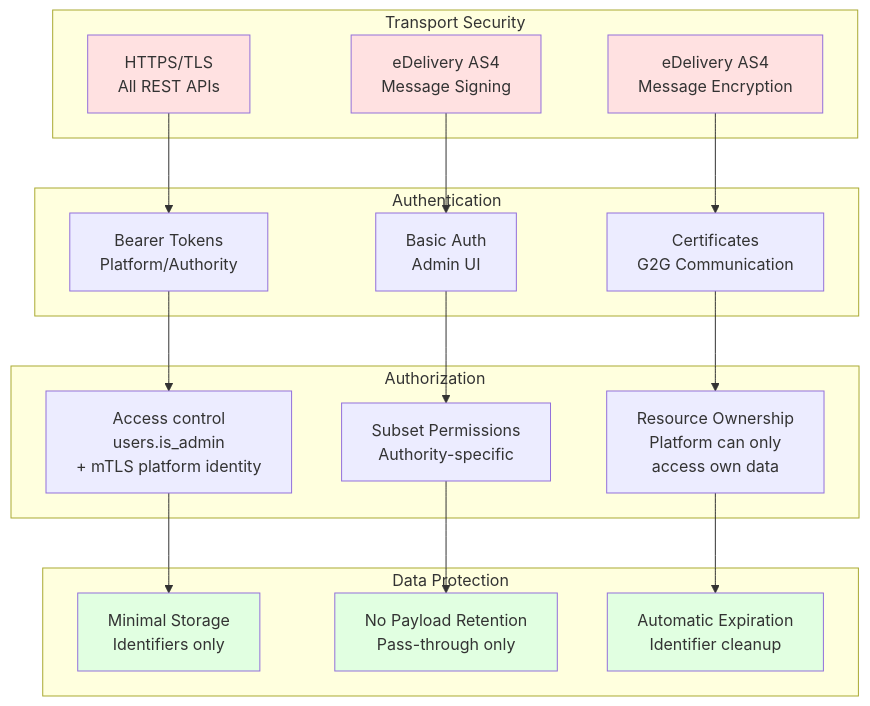
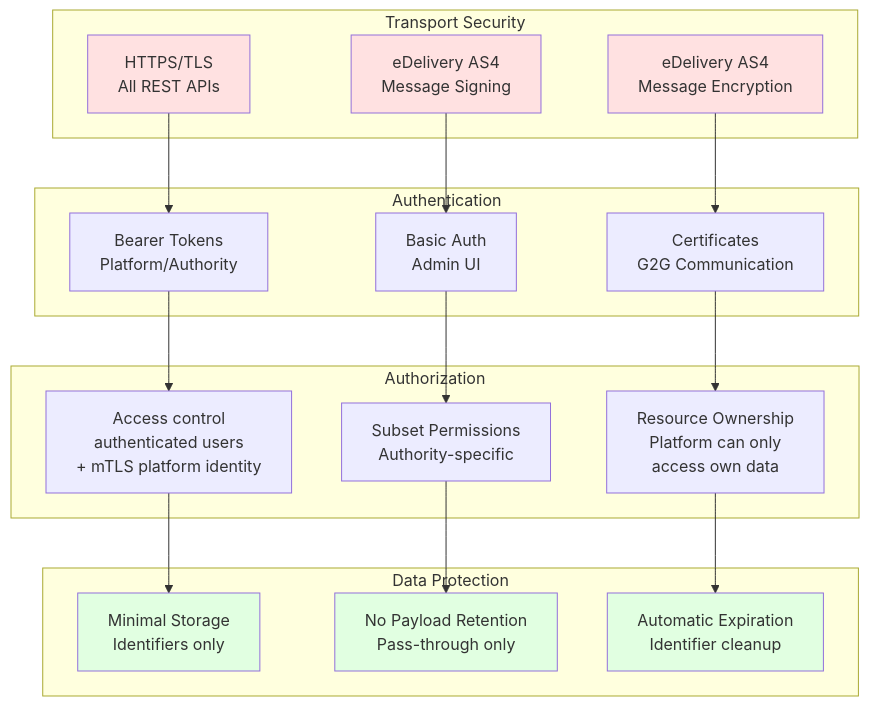
Diagram 11 of 11 in docs/architecture/eFTI-Gate-Reference-Architecture.md (kemit-ee/efti-gate-ee), drawn with Mermaid before and after one commit. The commit also changed 49 other files, not shown here.

````diff
--- a/docs/architecture/eFTI-Gate-Reference-Architecture.md
+++ b/docs/architecture/eFTI-Gate-Reference-Architecture.md
@@ -626,45 +626,45 @@
 ```mermaid
 graph TB
     subgraph "Transport Security"
         T1[HTTPS/TLS<br/>All REST APIs]
         T2[eDelivery AS4<br/>Message Signing]
         T3[eDelivery AS4<br/>Message Encryption]
     end
 
     subgraph "Authentication"
         A1[Bearer Tokens<br/>Platform/Authority]
         A2[Basic Auth<br/>Admin UI]
         A3[Certificates<br/>G2G Communication]
     end
 
     subgraph "Authorization"
-        Z1[Access control<br/>users.is_admin<br/>+ mTLS platform identity]
+        Z1[Access control<br/>authenticated users<br/>+ mTLS platform identity]
         Z2[Subset Permissions<br/>Authority-specific]
         Z3[Resource Ownership<br/>Platform can only<br/>access own data]
     end
 
     subgraph "Data Protection"
         D1[Minimal Storage<br/>Identifiers only]
         D2[No Payload Retention<br/>Pass-through only]
         D3[Automatic Expiration<br/>Identifier cleanup]
     end
 
     T1 --> A1
     T2 --> A2
     T3 --> A3
 
     A1 --> Z1
     A2 --> Z2
     A3 --> Z3
 
     Z1 --> D1
     Z2 --> D2
     Z3 --> D3
 
     style T1 fill:#ffe1e1
     style T2 fill:#ffe1e1
     style T3 fill:#ffe1e1
     style D1 fill:#e1ffe1
     style D2 fill:#e1ffe1
     style D3 fill:#e1ffe1
 ```
````
